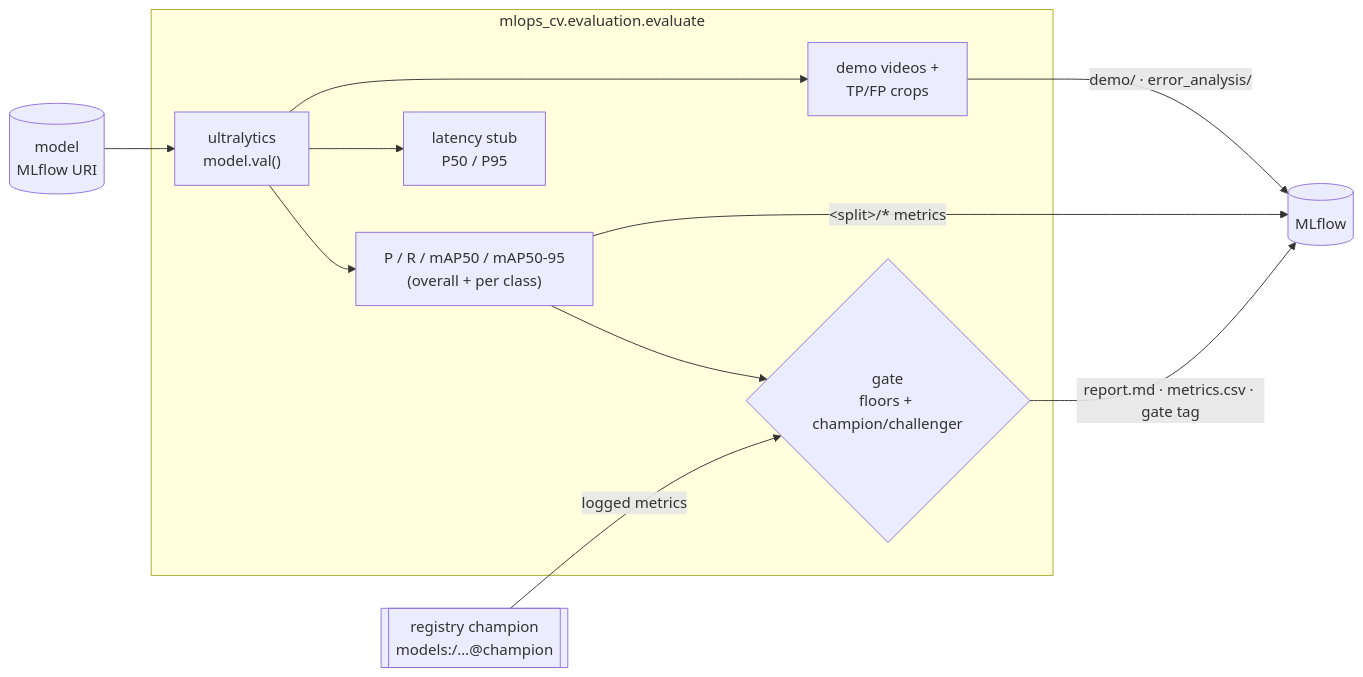
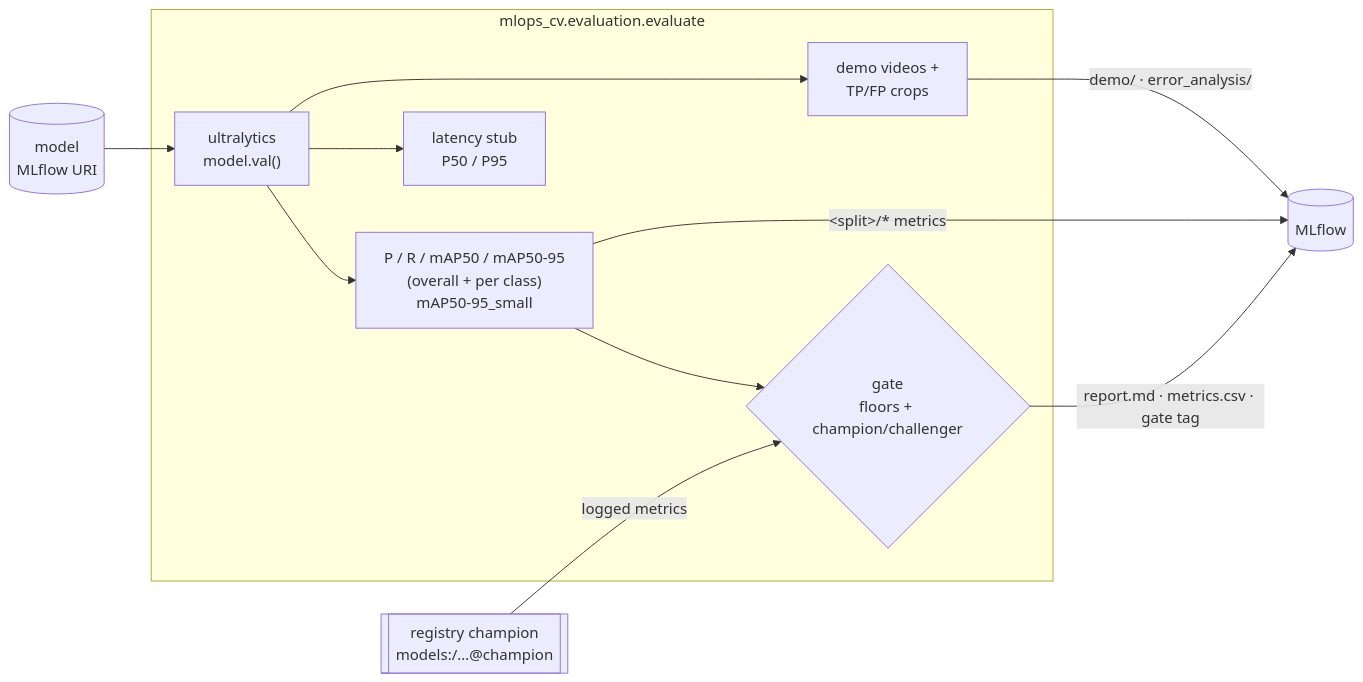
The diagram in docs/evaluation.md (vtarasv/mlops-cv), drawn with Mermaid before and after one commit. The commit also changed other lines of this file and 50 other files, not shown here.

````diff
--- a/docs/evaluation.md
+++ b/docs/evaluation.md
@@ -10,14 +10,14 @@
 ```mermaid
 flowchart LR
   model[("model<br/>MLflow URI")] --> val
   subgraph eval["mlops_cv.evaluation.evaluate"]
-    val["ultralytics<br/>model.val()"] --> metrics["P / R / mAP50 / mAP50-95<br/>(overall + per class)"]
+    val["ultralytics<br/>model.val()"] --> metrics["P / R / mAP50 / mAP50-95<br/>(overall + per class)<br/>mAP50-95_small"]
     val --> lat["latency stub<br/>P50 / P95"]
     val --> vis["demo videos +<br/>TP/FP crops"]
     metrics --> gate{"gate<br/>floors + champion/challenger"}
   end
   champ[["registry champion<br/>models:/…@champion"]] -->|logged metrics| gate
   metrics -->|"&lt;split&gt;/* metrics"| mlflow[("MLflow")]
   vis -->|"demo/ · error_analysis/"| mlflow
   gate -->|"report.md · metrics.csv · gate tag"| mlflow
 ```
````
